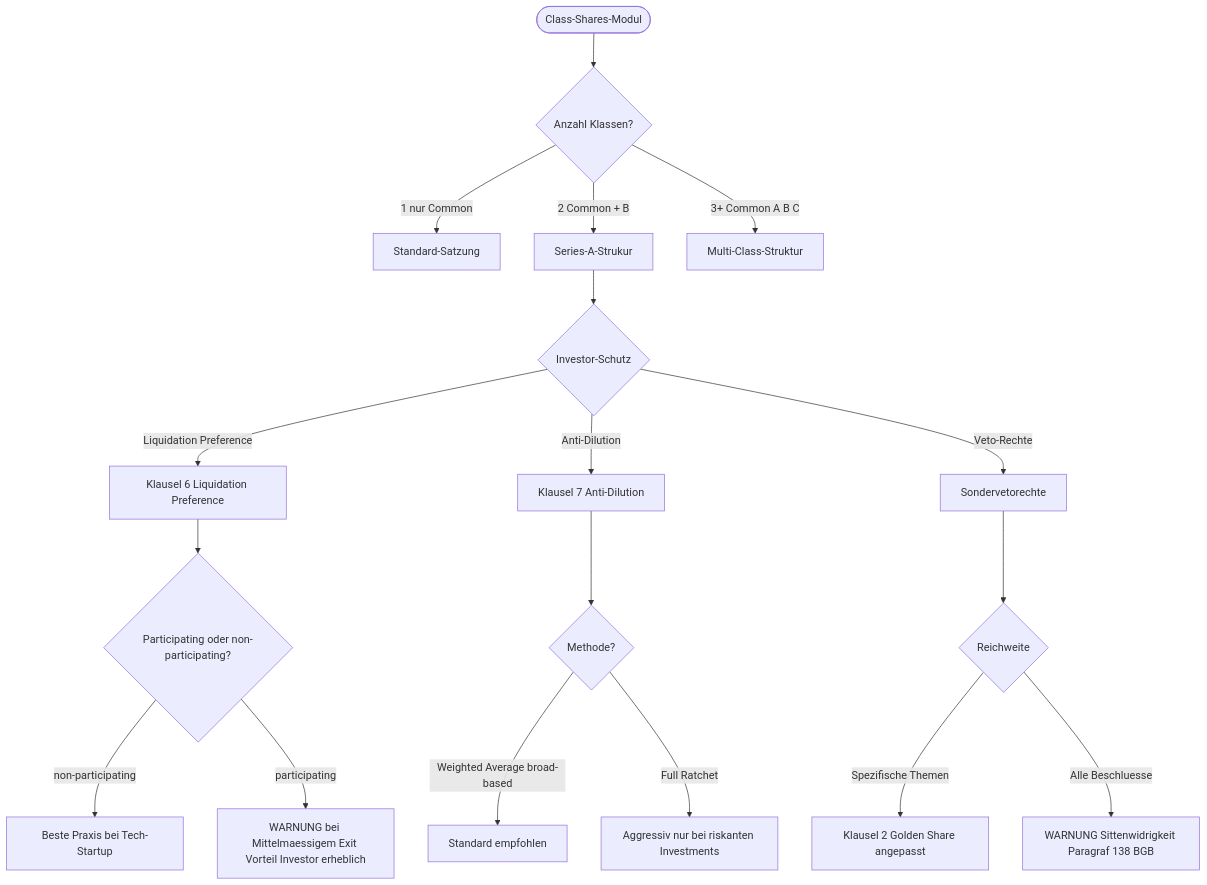
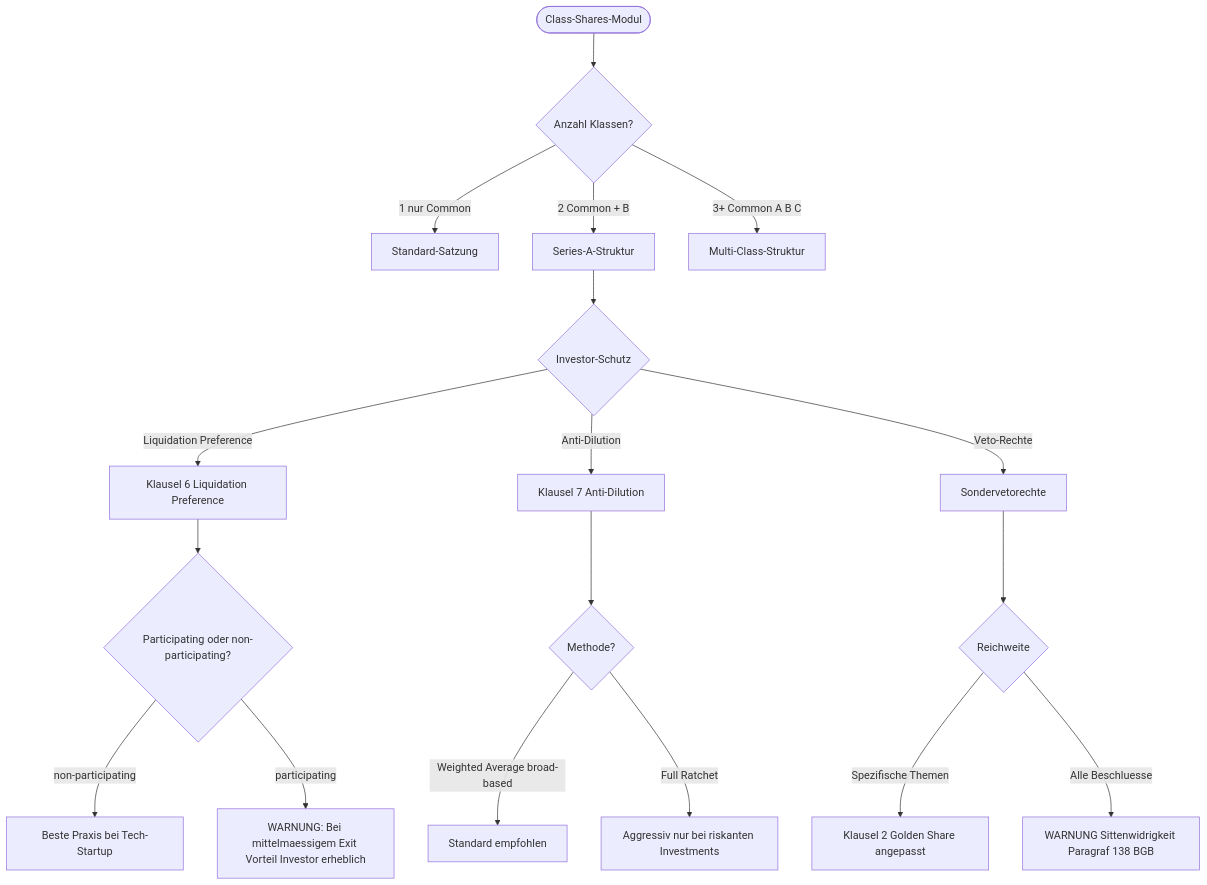
One commit to ogreiner76/claude-fuer-deutsches-recht changed the second of 4 diagrams in gesellschaftsgruender/skills/gesellschaftsgruender-intake-decision-tree/SKILL.md. Above: the diagram before and after it, drawn with Mermaid. The commit also changed other lines of this file and 244 other files, not shown here.

````diff
--- a/gesellschaftsgruender/skills/gesellschaftsgruender-intake-decision-tree/SKILL.md
+++ b/gesellschaftsgruender/skills/gesellschaftsgruender-intake-decision-tree/SKILL.md
@@ -79,24 +137,24 @@
 ```mermaid
 flowchart TD
     Start([Class-Shares-Modul]) --> Q1{Anzahl Klassen?}
     Q1 -->|1 nur Common| Klasse1[Standard-Satzung]
-    Q1 -->|2 Common + B| Klasse2[Series-A-Strukur]
+    Q1 -->|2 Common + B| Klasse2[Series-A-Struktur]
     Q1 -->|3+ Common A B C| Klasse3[Multi-Class-Struktur]
 
     Klasse2 --> Q2{Investor-Schutz}
     Q2 -->|Liquidation Preference| LiqPref[Klausel 6 Liquidation Preference]
     Q2 -->|Anti-Dilution| AntiDil[Klausel 7 Anti-Dilution]
     Q2 -->|Veto-Rechte| Veto[Sondervetorechte]
 
     LiqPref --> Q3{Participating oder non-participating?}
     Q3 -->|non-participating| LiqPref_NP[Beste Praxis bei Tech-Startup]
-    Q3 -->|participating| LiqPref_Warnung[WARNUNG bei Mittelmaessigem Exit Vorteil Investor erheblich]
+    Q3 -->|participating| LiqPref_Warnung[WARNUNG: Bei mittelmaessigem Exit Vorteil Investor erheblich]
 
     AntiDil --> Q4{Methode?}
     Q4 -->|Weighted Average broad-based| AntiDil_WA[Standard empfohlen]
     Q4 -->|Full Ratchet| AntiDil_FR[Aggressiv nur bei riskanten Investments]
 
     Veto --> Q5{Reichweite}
     Q5 -->|Spezifische Themen| Veto_OK[Klausel 2 Golden Share angepasst]
     Q5 -->|Alle Beschluesse| Veto_Sittenwidrig[WARNUNG Sittenwidrigkeit Paragraf 138 BGB]
 ```
````
